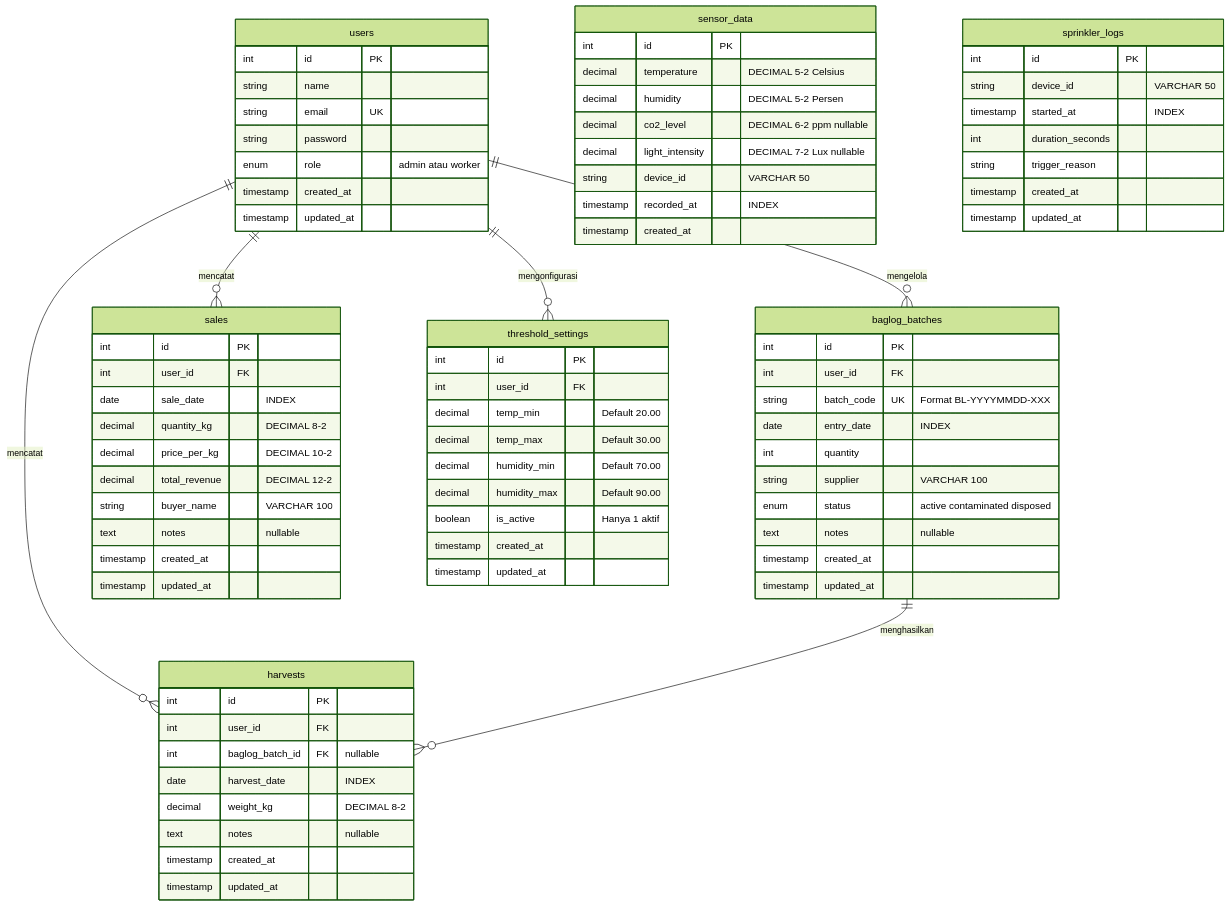
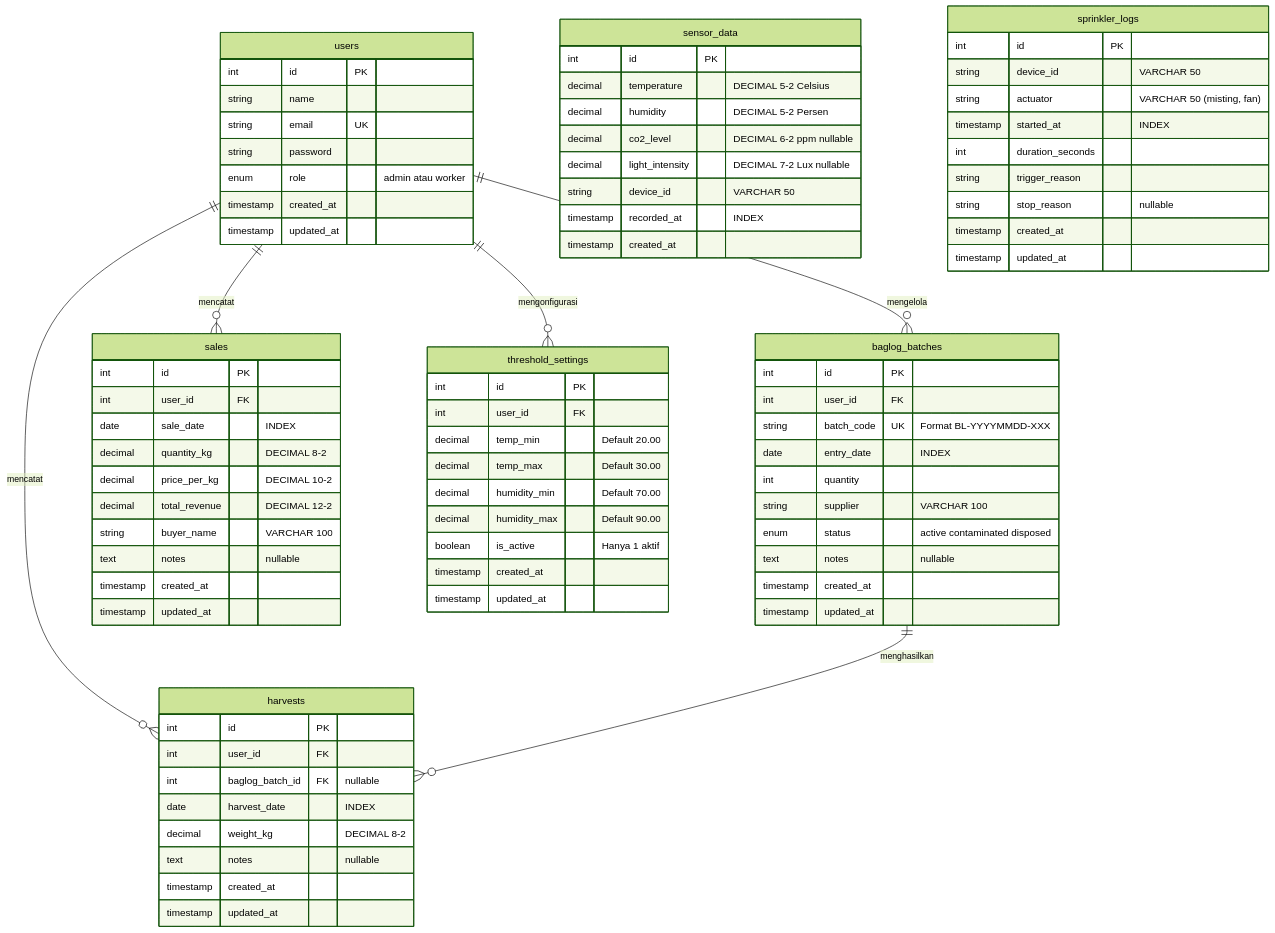
Before and after one commit to Kaz0342/TA: the second of 3 diagrams in docs/PRD.md, drawn with Mermaid (forest theme). The commit also changed 10 other files, not shown here.

```diff
--- a/docs/PRD.md
+++ b/docs/PRD.md
@@ -202,9 +202,11 @@
     sprinkler_logs {
         int id PK
         string device_id "VARCHAR 50"
+        string actuator "VARCHAR 50 (misting, fan)"
         timestamp started_at "INDEX"
         int duration_seconds
         string trigger_reason
+        string stop_reason "nullable"
         timestamp created_at
         timestamp updated_at
     }
```
